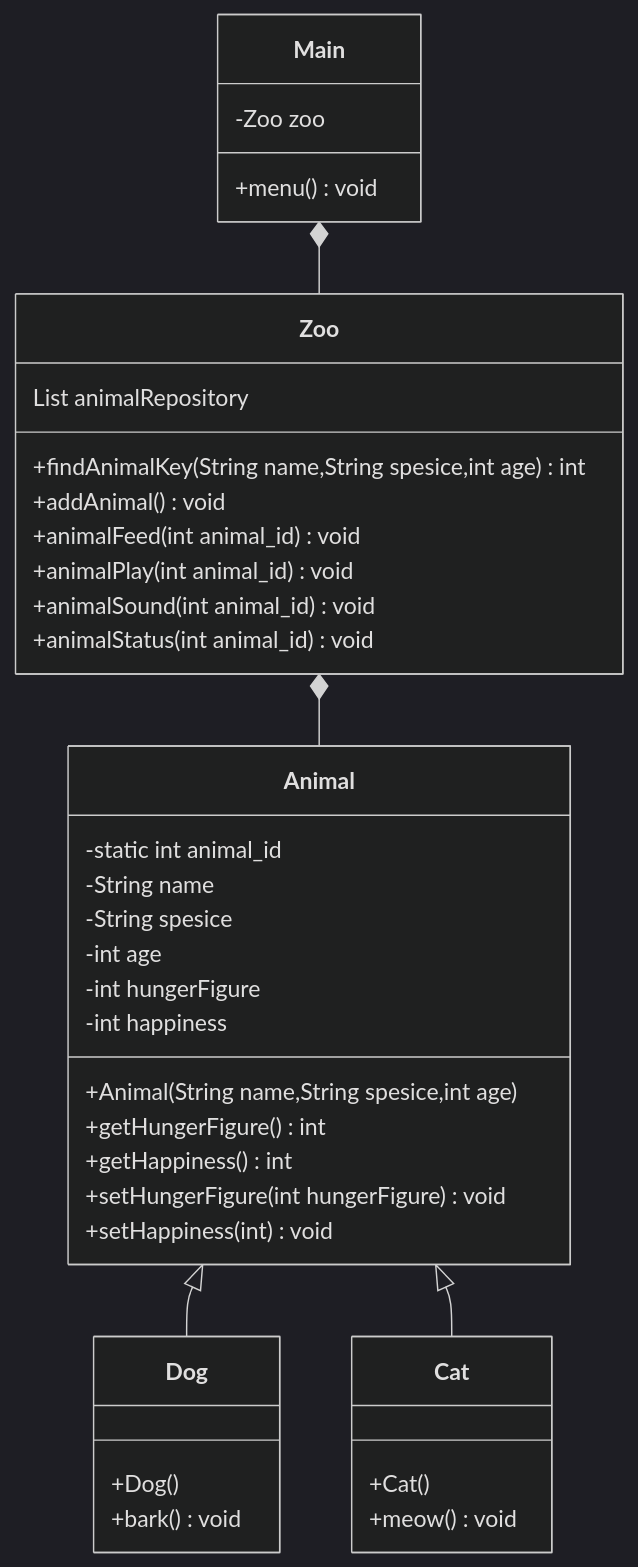
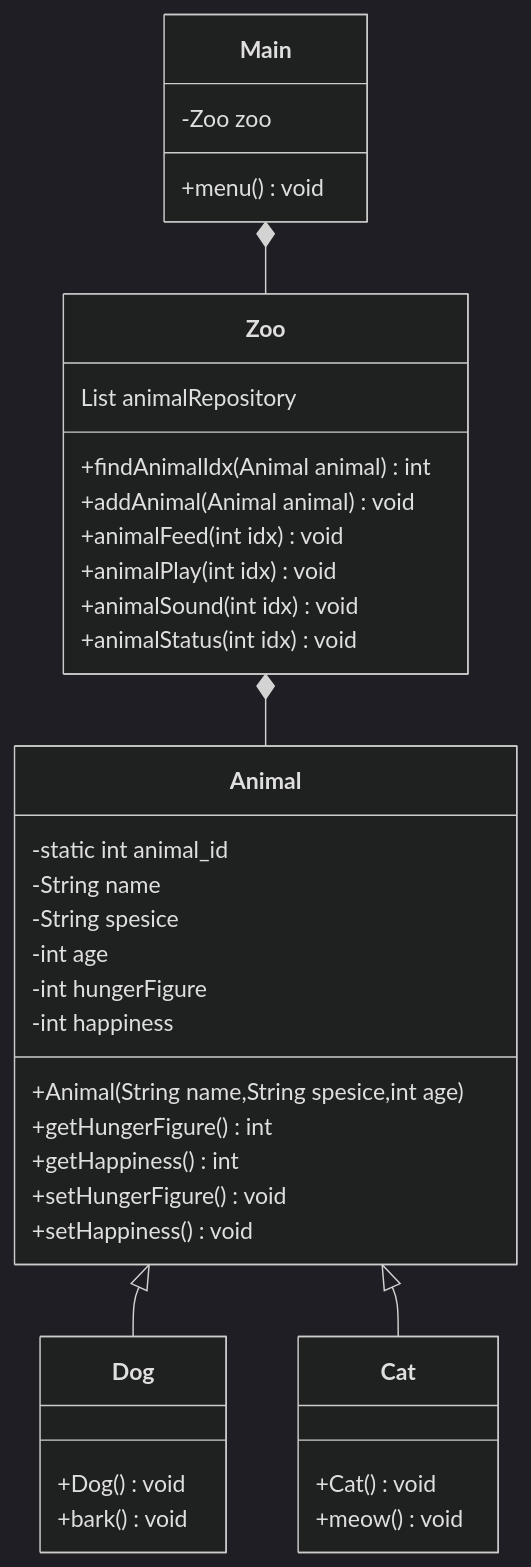
One commit to juwoojae/animalhouse changed the diagram in ClassDiagram.md. Above: the diagram before and after it, drawn with Mermaid (dark theme).

Commit message:
Update ClassDiagram.md
4차 수정본
- 생각해보니 animal_id 필요없네

````diff
--- a/ClassDiagram.md
+++ b/ClassDiagram.md
@@ -1,42 +1,42 @@
 ```mermaid
 classDiagram
     Main *-- Zoo
 class Main{ 
     -Zoo zoo 
     +menu() void
 }
 class Zoo{
     List<Animal> animalRepository
-    +findAnimalKey(String name,String spesice,int age) int
-    +addAnimal() void
-    +animalFeed(int animal_id) void
-    +animalPlay(int animal_id) void
-    +animalSound(int animal_id) void
-    +animalStatus(int animal_id) void
+    +findAnimalIdx(Animal animal) int 
+    +addAnimal(Animal animal) void
+    +animalFeed(int idx) void
+    +animalPlay(int idx) void
+    +animalSound(int idx) void
+    +animalStatus(int idx) void
 }
 
     Zoo *-- Animal
- class Animal {
+class Animal {
     -static int animal_id 
 -String name
 -String spesice
 -int age 
 -int hungerFigure
 -int happiness 
 +Animal(String name,String spesice,int age)
-+getHungerFigure() int
++getHungerFigure() int 
 +getHappiness() int 
-+setHungerFigure(int hungerFigure) void
-+setHappiness(int ) void
++setHungerFigure() void
++setHappiness() void
 }
     Animal <|-- Dog
     Animal <|-- Cat
 class Dog{
-    +Dog() 
+    +Dog() void
     +bark() void
 }
 class Cat{
-    +Cat() 
+    +Cat() void
     +meow() void
 }
 ```
````
